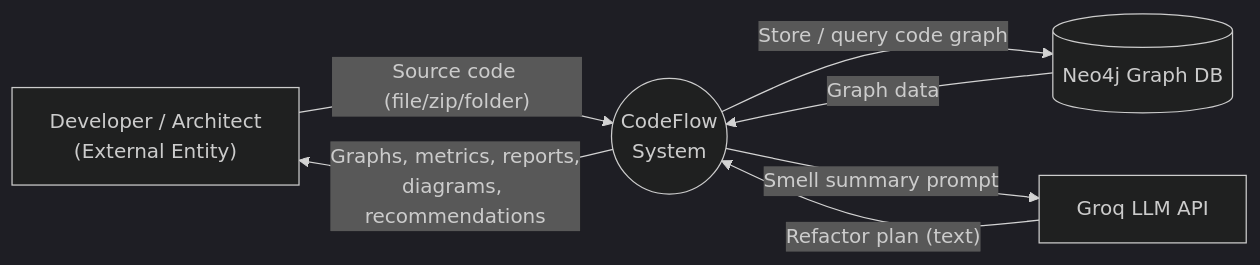
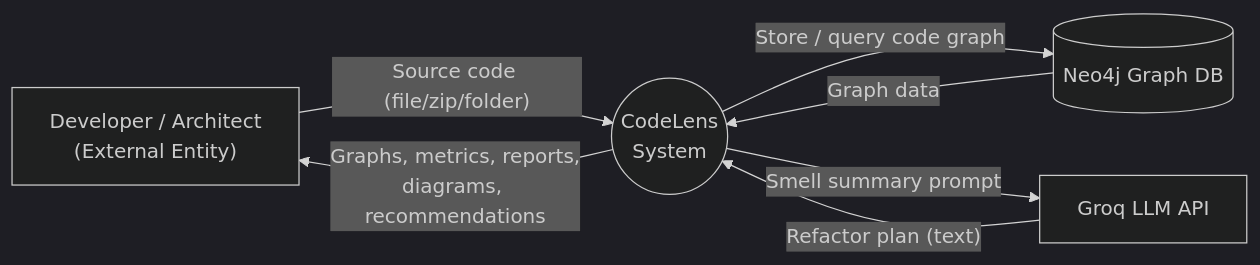
One commit to farjanasarker/Code_Base_Visualisation changed the fifth of 14 diagrams in docs/SRS.md. Above: the diagram before and after it, drawn with Mermaid (dark theme). The commit also changed other lines of this file and 7 other files, not shown here.

````diff
--- a/docs/SRS.md
+++ b/docs/SRS.md
@@ -431,14 +431,14 @@
 ```mermaid
 flowchart LR
     User["Developer / Architect<br/>(External Entity)"]
-    System(("CodeFlow<br/>System"))
+    System(("CodeLens<br/>System"))
     Neo[("Neo4j Graph DB")]
     Groq["Groq LLM API"]
 
     User -- "Source code (file/zip/folder)" --> System
     System -- "Graphs, metrics, reports,<br/>diagrams, recommendations" --> User
     System -- "Store / query code graph" --> Neo
     Neo -- "Graph data" --> System
     System -- "Smell summary prompt" --> Groq
     Groq -- "Refactor plan (text)" --> System
 ```
````
